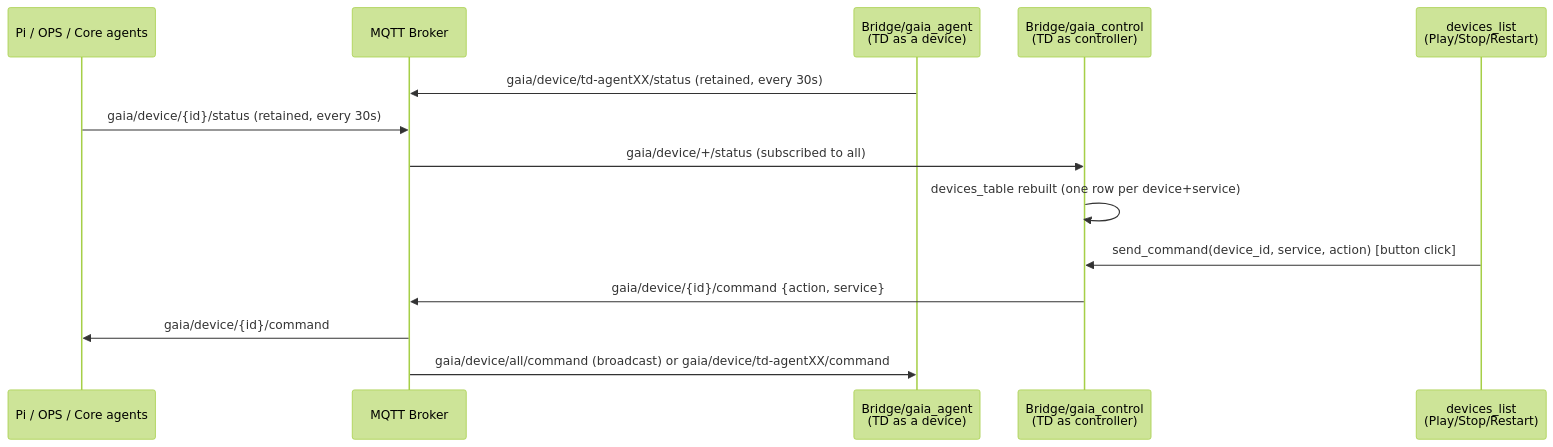
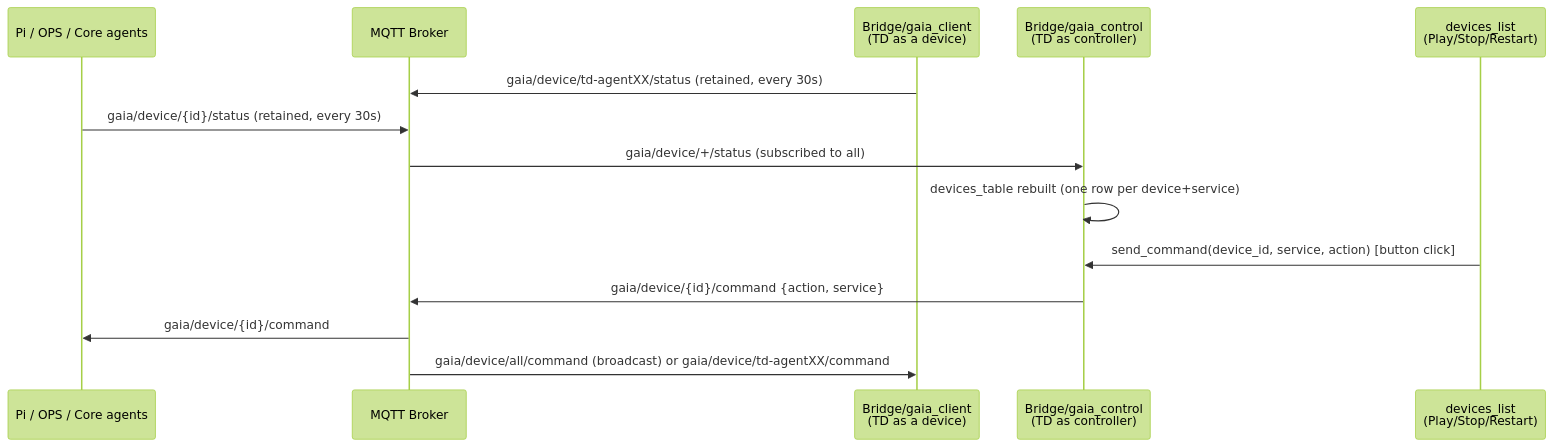
The fourth of 6 diagrams in ARCHITECTURE.md (vsvisualsubstance-source/TD4Gaia), drawn with Mermaid (forest theme) before and after one commit. The commit also changed other lines of this file and 17 other files, not shown here.

````diff
--- a/ARCHITECTURE.md
+++ b/ARCHITECTURE.md
@@ -97,17 +97,17 @@
 ```mermaid
 sequenceDiagram
     participant Devices as Pi / OPS / Core agents
     participant Broker as MQTT Broker
-    participant Agent as Bridge/gaia_agent<br/>(TD as a device)
+    participant Agent as Bridge/gaia_client<br/>(TD as a device)
     participant Control as Bridge/gaia_control<br/>(TD as controller)
     participant UI as devices_list<br/>(Play/Stop/Restart)
 
     Agent->>Broker: gaia/device/td-agentXX/status (retained, every 30s)
     Devices->>Broker: gaia/device/{id}/status (retained, every 30s)
     Broker->>Control: gaia/device/+/status (subscribed to all)
     Control->>Control: devices_table rebuilt (one row per device+service)
     UI->>Control: send_command(device_id, service, action) [button click]
     Control->>Broker: gaia/device/{id}/command {action, service}
     Broker->>Devices: gaia/device/{id}/command
     Broker->>Agent: gaia/device/all/command (broadcast) or gaia/device/td-agentXX/command
 ```
````
